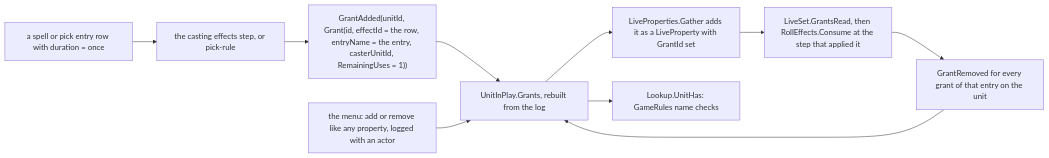
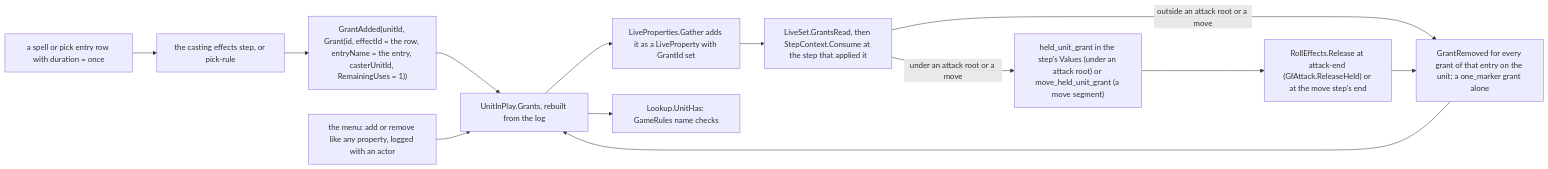
The diagram in docs/design/interpreter/grants.md (cstupi/tabletop), drawn with Mermaid before and after one commit. The commit also changed 8 other files, not shown here.

````diff
--- a/docs/design/interpreter/grants.md
+++ b/docs/design/interpreter/grants.md
@@ -7,18 +7,23 @@
 ```mermaid
 flowchart LR
     spell["a spell or pick entry row with duration = once"]
     step1["the casting effects step, or pick-rule"]
     ga["GrantAdded(unitId, Grant(id, effectId = the row, entryName = the entry, casterUnitId, RemainingUses = 1))"]
     store["UnitInPlay.Grants, rebuilt from the log"]
     gather["LiveProperties.Gather adds it as a LiveProperty with GrantId set"]
     namecheck["Lookup.UnitHas: GameRules name checks"]
-    consume["LiveSet.GrantsRead, then RollEffects.Consume at the step that applied it"]
-    gr["GrantRemoved for every grant of that entry on the unit"]
+    consume["LiveSet.GrantsRead, then StepContext.Consume at the step that applied it"]
+    held["held_unit_grant in the step's Values (under an attack root) or move_held_unit_grant (a move segment)"]
+    release["RollEffects.Release at attack-end (GfAttack.ReleaseHeld) or at the move step's end"]
+    gr["GrantRemoved for every grant of that entry on the unit; a one_marker grant alone"]
     menu["the menu: add or remove like any property, logged with an actor"]
 
     spell --> step1 --> ga --> store
     store --> gather
     store --> namecheck
-    gather --> consume --> gr --> store
+    gather --> consume
+    consume -- "outside an attack root or a move" --> gr
+    consume -- "under an attack root or a move" --> held --> release --> gr
+    gr --> store
     menu --> store
 ```
````
